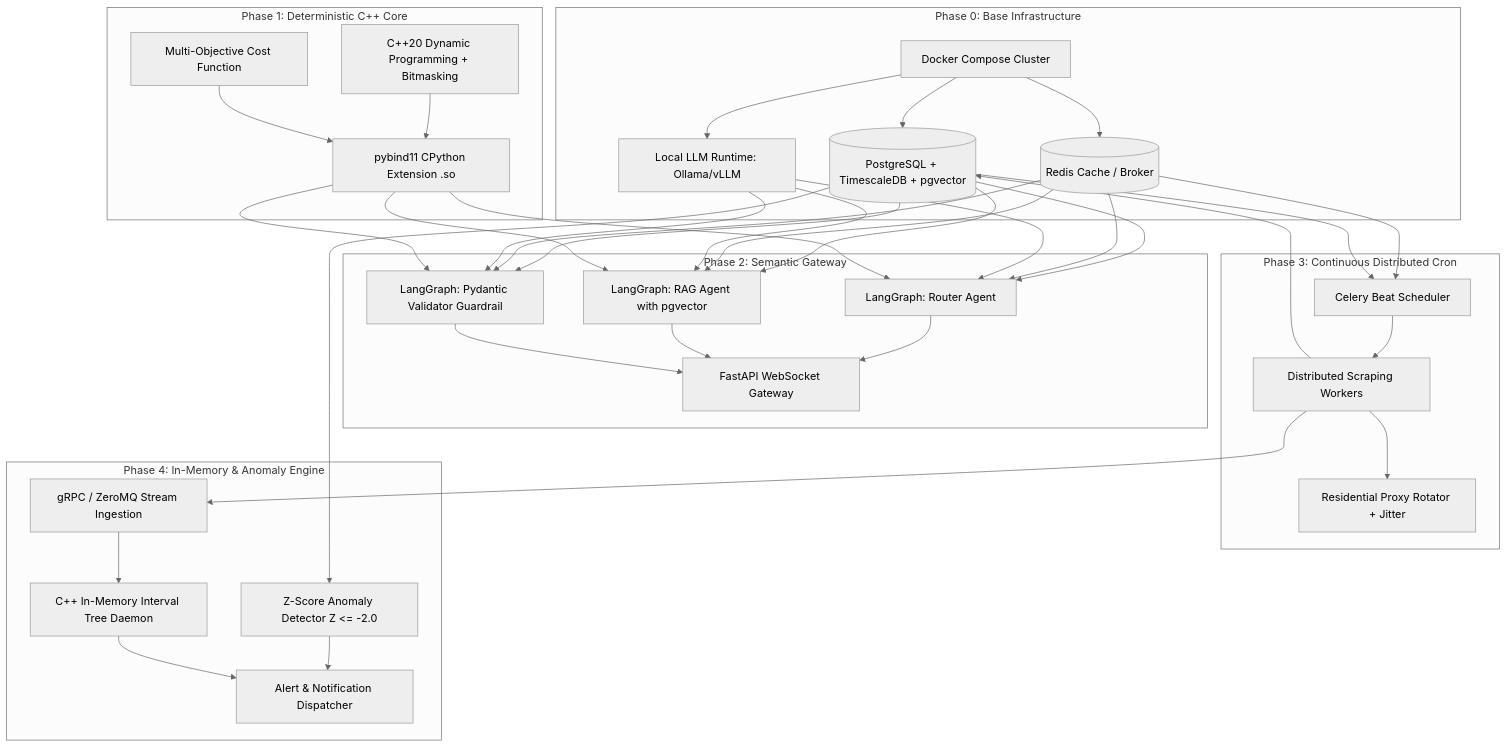
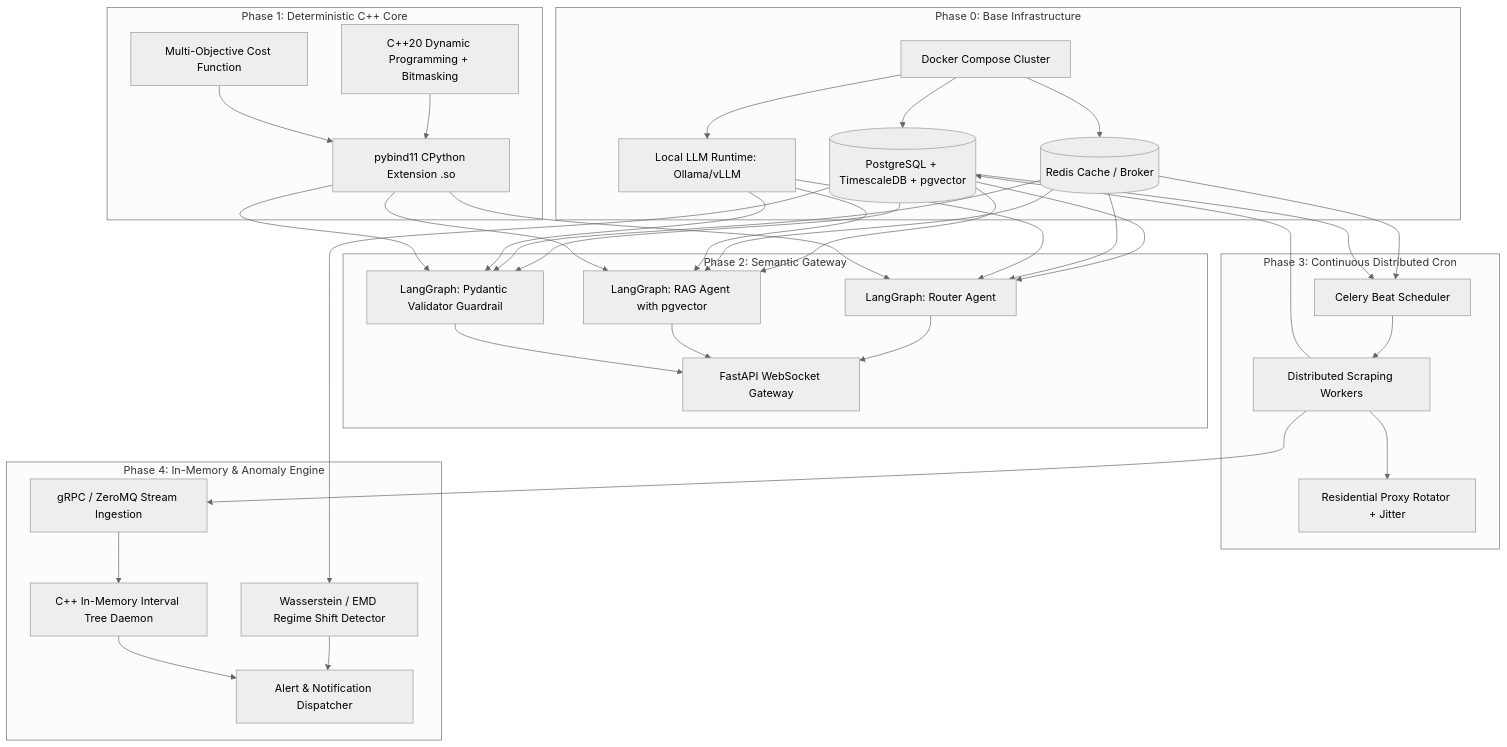
Before and after one commit to Leandro-Juan/paladio: the diagram in ROADMAP.md, drawn with Mermaid (neutral theme). The commit also changed other lines of this file and 66 other files, not shown here.

````diff
--- a/ROADMAP.md
+++ b/ROADMAP.md
@@ -26,45 +26,45 @@
 ```mermaid
 graph TD
     subgraph Infrastructure [Phase 0: Base Infrastructure]
         DOCKER[Docker Compose Cluster]
         DB[(PostgreSQL + TimescaleDB + pgvector)]
         REDIS[(Redis Cache / Broker)]
         LLM[Local LLM Runtime: Ollama/vLLM]
     end
 
     subgraph CoreEngine [Phase 1: Deterministic C++ Core]
         DP[C++20 Dynamic Programming + Bitmasking]
         COST[Multi-Objective Cost Function]
         PYBIND[pybind11 CPython Extension .so]
     end
 
     subgraph Orchestration [Phase 2: Semantic Gateway]
         API[FastAPI WebSocket Gateway]
         ROUTER[LangGraph: Router Agent]
         RAG[LangGraph: RAG Agent with pgvector]
         VALIDATOR[LangGraph: Pydantic Validator Guardrail]
     end
 
     subgraph Ingestion [Phase 3: Continuous Distributed Cron]
         CELERY_BEAT[Celery Beat Scheduler]
         WORKERS[Distributed Scraping Workers]
         PROXY[Residential Proxy Rotator + Jitter]
     end
 
     subgraph RealTimeMatching [Phase 4: In-Memory & Anomaly Engine]
         ITREE[C++ In-Memory Interval Tree Daemon]
         GRPC[gRPC / ZeroMQ Stream Ingestion]
-        ZSCORE[Z-Score Anomaly Detector Z <= -2.0]
+        WASSERSTEIN[Wasserstein / EMD Regime Shift Detector]
         NOTIF[Alert & Notification Dispatcher]
     end
 
     %% Dependencies
     DOCKER --> DB & REDIS & LLM 
     DP & COST --> PYBIND
     DB & REDIS & LLM & PYBIND --> ROUTER & RAG & VALIDATOR
     ROUTER & RAG & VALIDATOR --> API
     REDIS & DB --> CELERY_BEAT --> WORKERS --> PROXY
     WORKERS --> GRPC --> ITREE
-    WORKERS --> DB --> ZSCORE --> NOTIF
+    WORKERS --> DB --> WASSERSTEIN --> NOTIF
     ITREE --> NOTIF
 ```
````
